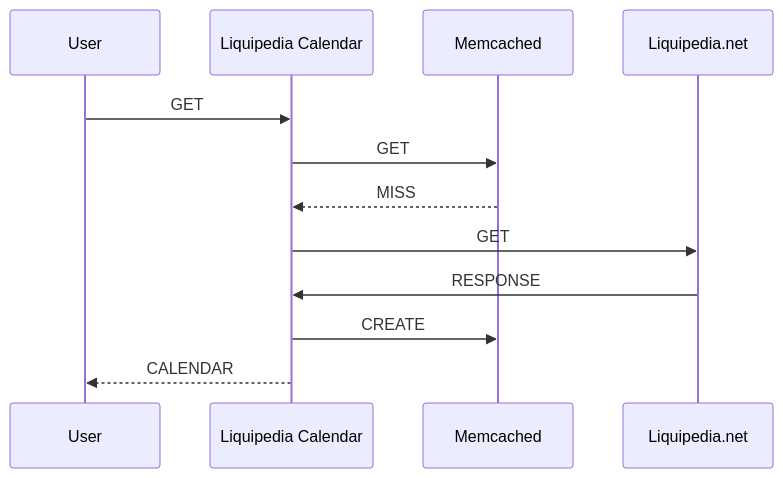
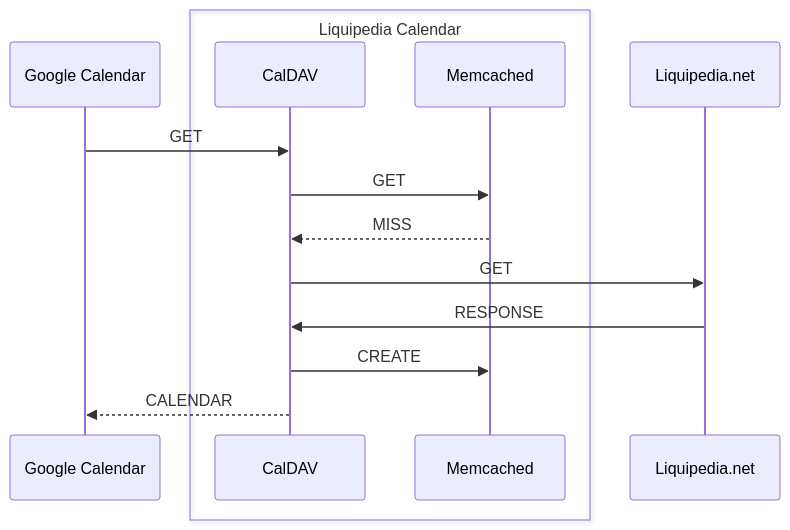
One commit to Napolitain/liquipedia-calendar changed the first of 2 diagrams in DESIGN.md. Above: the diagram before and after it, drawn with Mermaid. The commit also changed other lines of this file and 1 other file, not shown here.

````diff
--- a/DESIGN.md
+++ b/DESIGN.md
@@ -8,10 +8,16 @@
 ```mermaid
 sequenceDiagram
-    User->>Liquipedia Calendar: GET
-    Liquipedia Calendar->>Memcached: GET
-    Memcached-->>Liquipedia Calendar: MISS
-    Liquipedia Calendar->>Liquipedia.net: GET
-    Liquipedia.net->>Liquipedia Calendar: RESPONSE
-    Liquipedia Calendar->>Memcached: CREATE
-    Liquipedia Calendar-->>User: CALENDAR
+    participant Google Calendar
+    box Liquipedia Calendar
+    participant CalDAV
+    participant Memcached
+    end
+    participant Liquipedia.net
+    Google Calendar->>CalDAV: GET
+    CalDAV->>Memcached: GET
+    Memcached-->>CalDAV: MISS
+    CalDAV->>Liquipedia.net: GET
+    Liquipedia.net->>CalDAV: RESPONSE
+    CalDAV->>Memcached: CREATE
+    CalDAV-->>Google Calendar: CALENDAR
 ```
````
